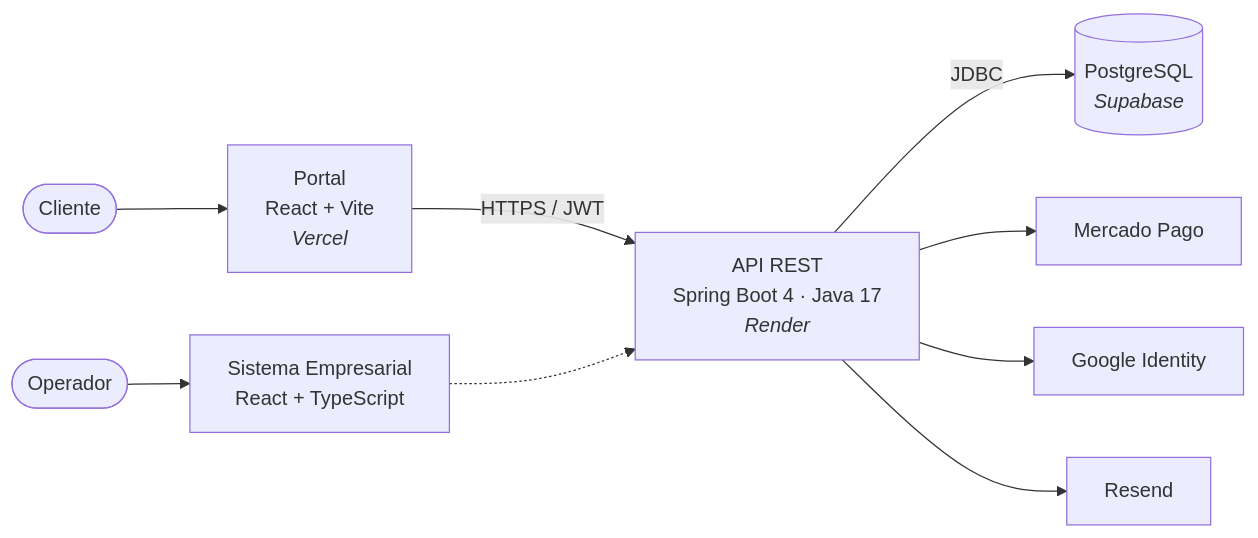
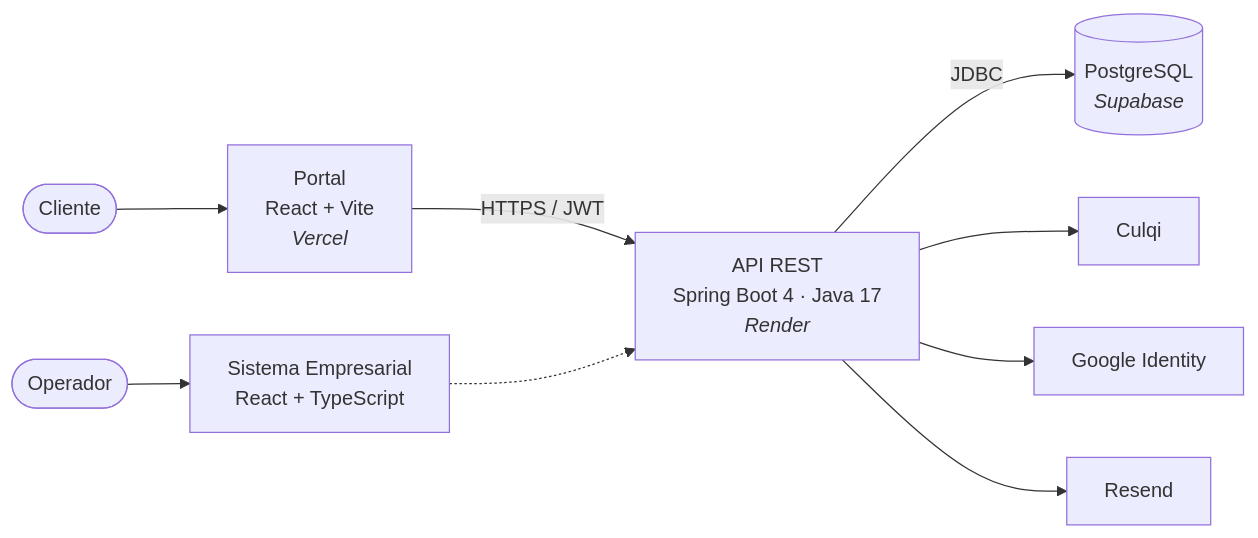
One commit to mathiassimoncastillosolano-eng/Portal---Transportes changed the diagram in README.md. Above: the diagram before and after it, drawn with Mermaid. The commit also changed other lines of this file and 82 other files, not shown here.

````diff
--- a/README.md
+++ b/README.md
@@ -47,11 +47,11 @@
 ```mermaid
 flowchart LR
     U([Cliente]) --> P[Portal<br/>React + Vite<br/><i>Vercel</i>]
     E([Operador]) --> S[Sistema Empresarial<br/>React + TypeScript]
     P -- HTTPS / JWT --> B[API REST<br/>Spring Boot 4 · Java 17<br/><i>Render</i>]
     S -.-> B
     B -- JDBC --> D[(PostgreSQL<br/><i>Supabase</i>)]
-    B --> MP[Mercado Pago]
+    B --> MP[Culqi]
     B --> G[Google Identity]
     B --> R[Resend]
 ```
````
